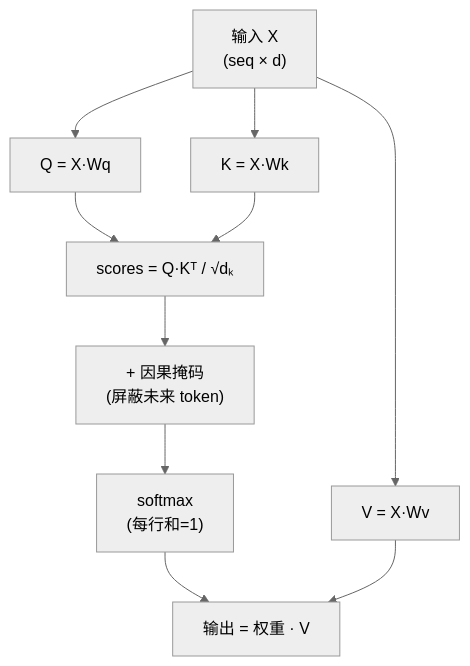
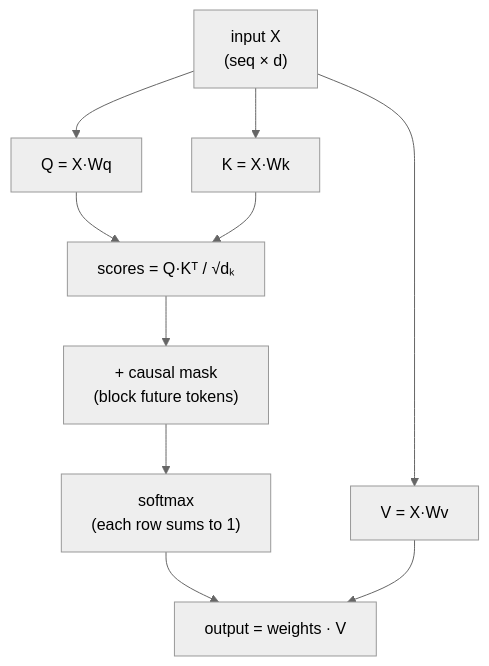
Before and after one commit to Alas129/transformer-playground: the fourth of 23 diagrams in docs/diagrams.md, drawn with Mermaid (neutral theme). The commit also changed other lines of this file, not shown here.

Commit message:
updated diagrams

````diff
--- a/docs/diagrams.md
+++ b/docs/diagrams.md
@@ -79,12 +91,12 @@
 ```mermaid
 flowchart TD
-    X["输入 X<br/>(seq × d)"] --> Q["Q = X·Wq"]
+    X["input X<br/>(seq × d)"] --> Q["Q = X·Wq"]
     X --> K["K = X·Wk"]
     X --> V["V = X·Wv"]
     Q --> S["scores = Q·Kᵀ / √dₖ"]
     K --> S
-    S --> M["+ 因果掩码<br/>(屏蔽未来 token)"]
-    M --> SM["softmax<br/>(每行和=1)"]
-    SM --> O["输出 = 权重 · V"]
+    S --> M["+ causal mask<br/>(block future tokens)"]
+    M --> SM["softmax<br/>(each row sums to 1)"]
+    SM --> O["output = weights · V"]
     V --> O
 ```
````
